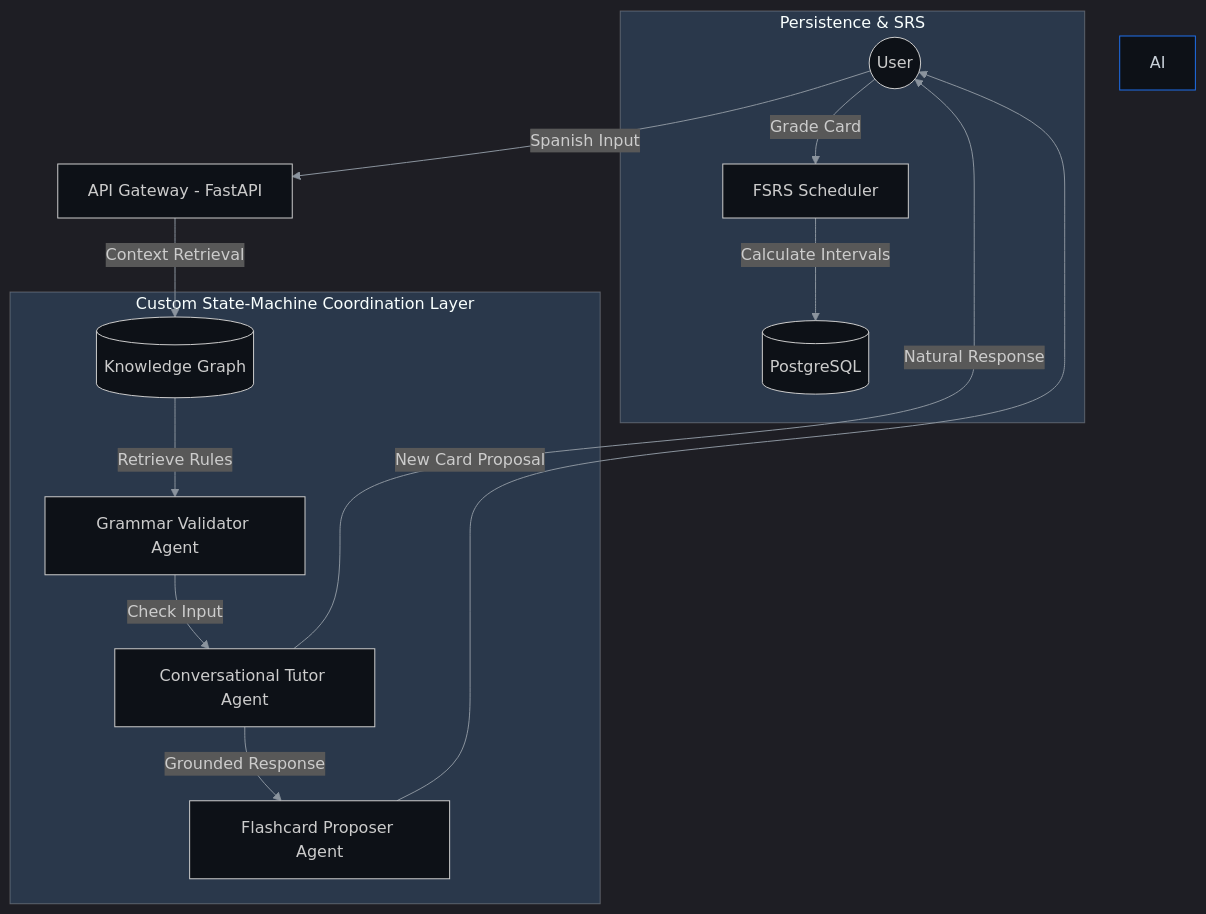
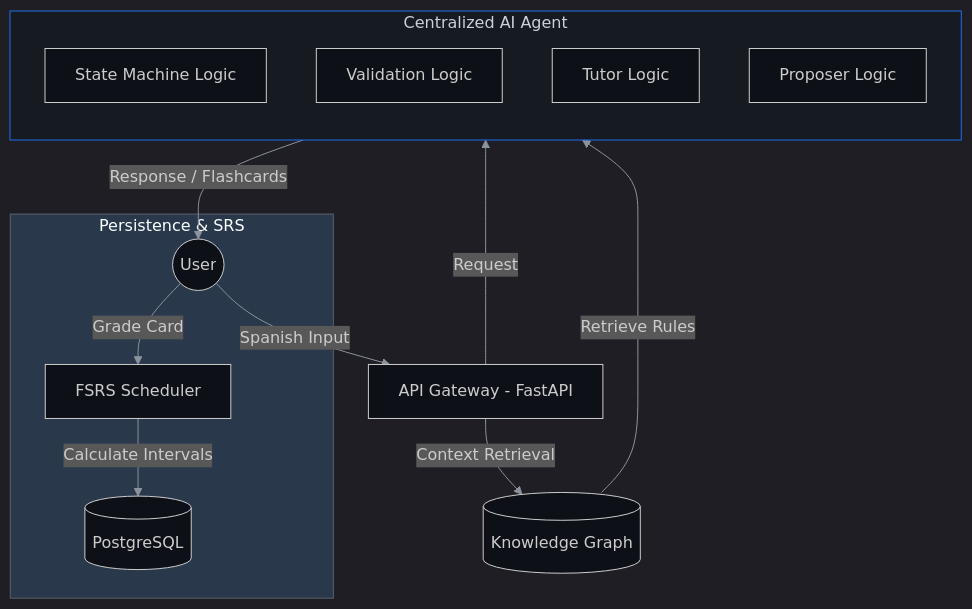
One commit to tomstehling/tomstehling changed the second of 2 diagrams in README.md. Above: the diagram before and after it, drawn with Mermaid. The commit also changed other lines of this file, not shown here.

Commit message:
docs: update charts to reflect a centralized AI agent architecture

````diff
--- a/README.md
+++ b/README.md
@@ -63,23 +63,25 @@
 ```mermaid
 %%{init: { 'theme': 'dark', 'themeVariables': { 'mainBkg': '#0d1117', 'primaryColor': '#1f6feb', 'primaryTextColor': '#c9d1d9', 'primaryBorderColor': '#30363d', 'lineColor': '#8b949e', 'tertiaryColor': '#161b22' } } }%%
 graph TD
     User((User)) -->|Spanish Input| Gateway[API Gateway - FastAPI]
     Gateway -->|Context Retrieval| KG[(Knowledge Graph)]
     
-    subgraph AI Agent Swarm ["Custom State-Machine Coordination Layer"]
-        Validator[Grammar Validator Agent]
-        KG -->|Retrieve Rules| Validator
-        Validator -->|Check Input| Tutor[Conversational Tutor Agent]
-        Tutor -->|Grounded Response| Proposer[Flashcard Proposer Agent]
+    subgraph CentralAgent ["Centralized AI Agent"]
+        direction TB
+        State[State Machine Logic]
+        Validator[Validation Logic]
+        Tutor[Tutor Logic]
+        Proposer[Proposer Logic]
     end
     
-    Proposer -->|New Card Proposal| User
-    Tutor -->|Natural Response| User
+    Gateway -->|Request| CentralAgent
+    KG -->|Retrieve Rules| CentralAgent
+    CentralAgent -->|Response / Flashcards| User
     
     subgraph Persistence & SRS
         SRS[FSRS Scheduler] -->|Calculate Intervals| DB[(PostgreSQL)]
         User -->|Grade Card| SRS
     end
 
-    style AI Agent Swarm fill:#161b22,stroke:#1f6feb,color:#c9d1d9
+    style CentralAgent fill:#161b22,stroke:#1f6feb,color:#c9d1d9
 ```
````
